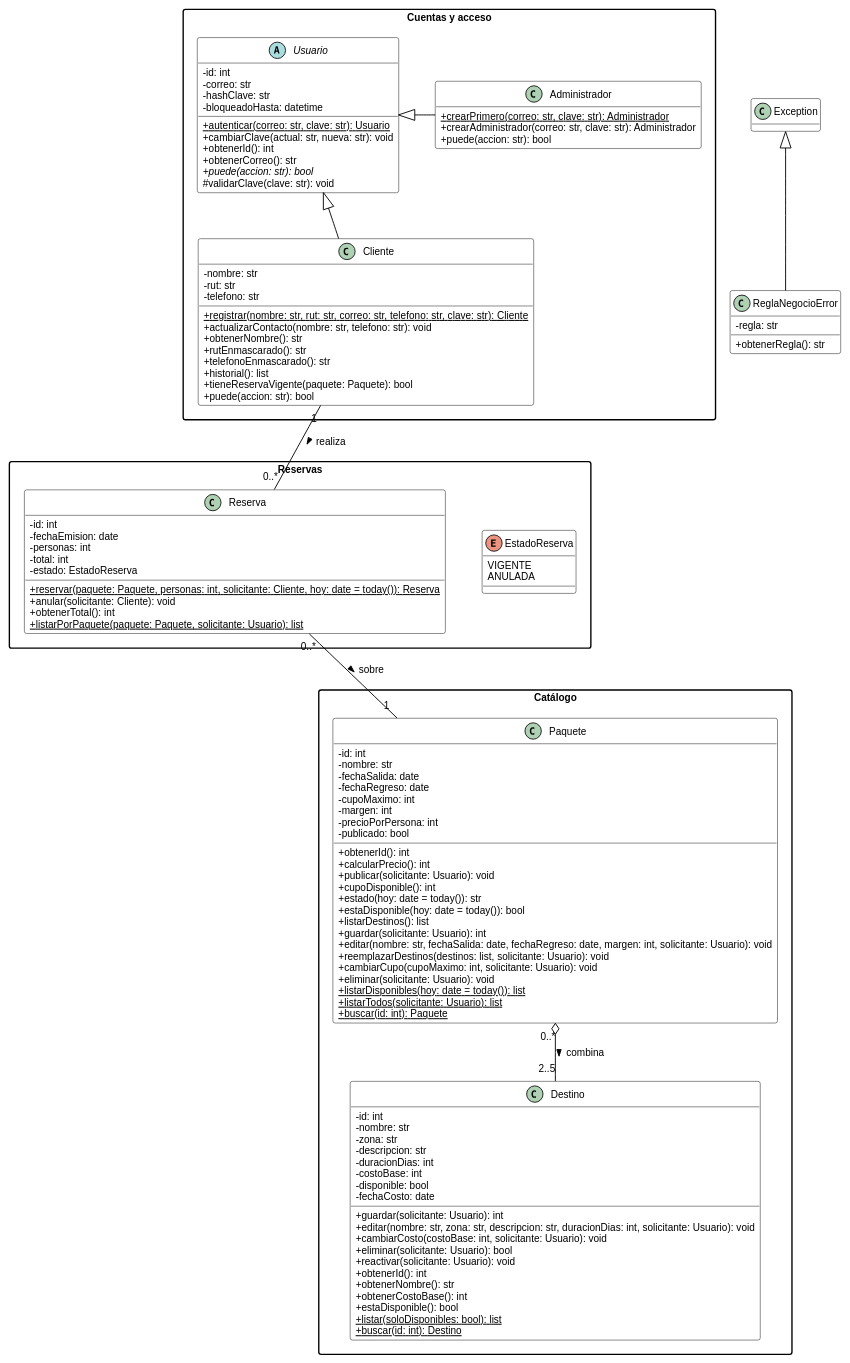
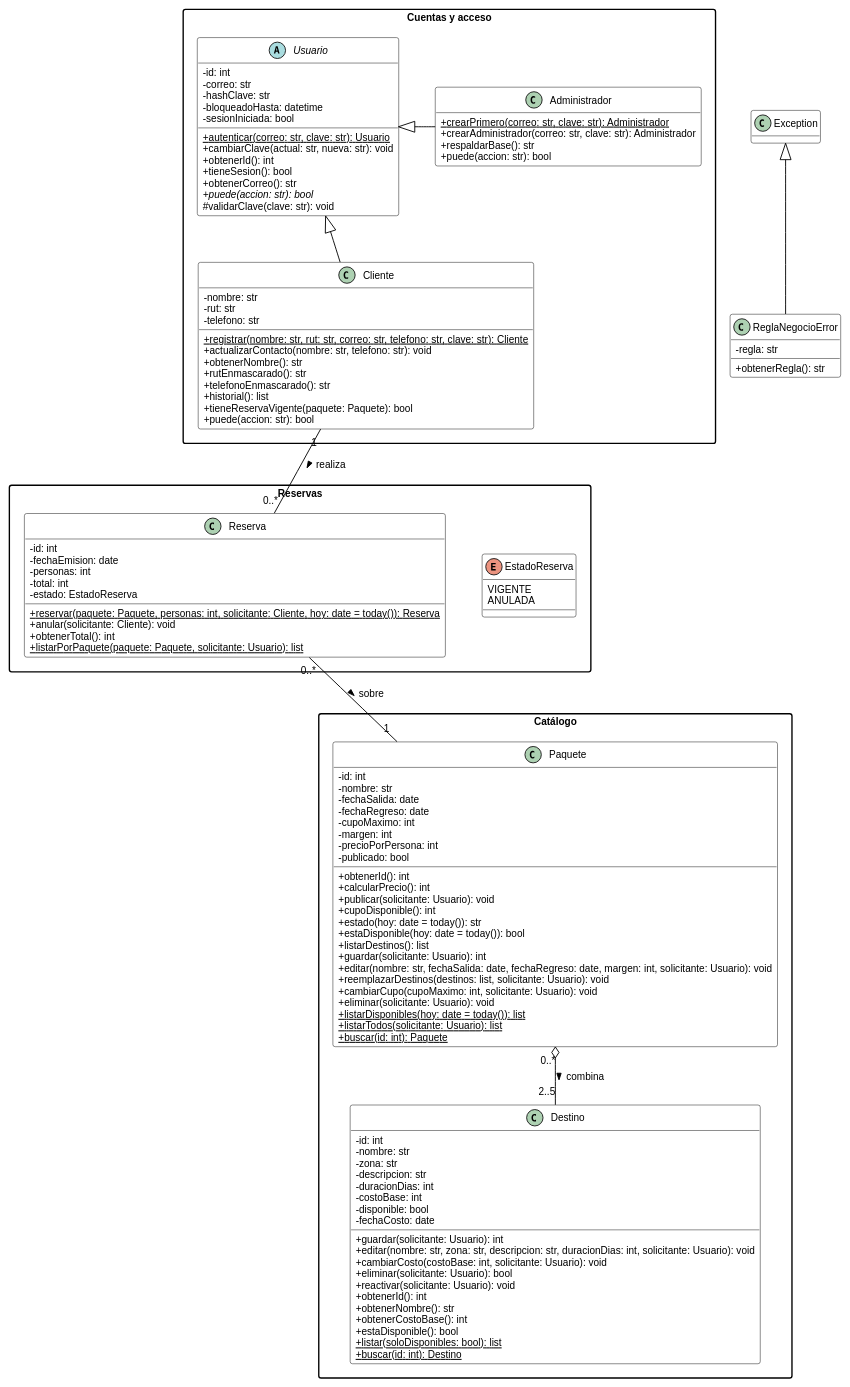
Before and after one commit to leonardoguerrerodev/POO-Viajes-Aventura: the diagram in diagramas/clases.puml, drawn with PlantUML. The commit also changed 2 other files, not shown here.

Commit message:
fix(seguridad): HU-23 permisos solo con sesión iniciada, edición sin estados a medias, SQL literal y respaldo de la base

```diff
--- a/diagramas/clases.puml
+++ b/diagramas/clases.puml
@@ -1,141 +1,144 @@
 @startuml clases
 ' Diagrama de clases de Viajes Aventura (paso 5 del plan). Convención de la ES1: nombres en camelCase,
 ' privado con «-», protegido con «#», sin constructor, «void» cuando no devuelve nada. El código usa
 ' snake_case y herramientas/uml_vs_codigo.py convierte uno en otro para compararlos.
 skinparam classAttributeIconSize 0
 skinparam defaultFontName "Liberation Sans"
 skinparam defaultFontSize 11
 skinparam shadowing false
 skinparam packageStyle rectangle
 skinparam class {
   BackgroundColor white
   BorderColor black
   ArrowColor black
 }
 skinparam note {
   BackgroundColor #f6f6f6
   BorderColor #666666
 }
 hide empty fields
 skinparam nodesep 40
 skinparam ranksep 50
 
 package "Cuentas y acceso" {
   abstract class Usuario {
     - id: int
     - correo: str
     - hashClave: str
     - bloqueadoHasta: datetime
+    - sesionIniciada: bool
     + {static} autenticar(correo: str, clave: str): Usuario
     + cambiarClave(actual: str, nueva: str): void
     + obtenerId(): int
+    + tieneSesion(): bool
     + obtenerCorreo(): str
     + {abstract} puede(accion: str): bool
     # validarClave(clave: str): void
   }
 
   class Cliente {
     - nombre: str
     - rut: str
     - telefono: str
     + {static} registrar(nombre: str, rut: str, correo: str, telefono: str, clave: str): Cliente
     + actualizarContacto(nombre: str, telefono: str): void
     + obtenerNombre(): str
     + rutEnmascarado(): str
     + telefonoEnmascarado(): str
     + historial(): list
     + tieneReservaVigente(paquete: Paquete): bool
     + puede(accion: str): bool
   }
 
   class Administrador {
     + {static} crearPrimero(correo: str, clave: str): Administrador
     + crearAdministrador(correo: str, clave: str): Administrador
+    + respaldarBase(): str
     + puede(accion: str): bool
   }
 }
 
 package "Catálogo" {
   class Destino {
     - id: int
     - nombre: str
     - zona: str
     - descripcion: str
     - duracionDias: int
     - costoBase: int
     - disponible: bool
     - fechaCosto: date
     + guardar(solicitante: Usuario): int
     + editar(nombre: str, zona: str, descripcion: str, duracionDias: int, solicitante: Usuario): void
     + cambiarCosto(costoBase: int, solicitante: Usuario): void
     + eliminar(solicitante: Usuario): bool
     + reactivar(solicitante: Usuario): void
     + obtenerId(): int
     + obtenerNombre(): str
     + obtenerCostoBase(): int
     + estaDisponible(): bool
     + {static} listar(soloDisponibles: bool): list
     + {static} buscar(id: int): Destino
   }
 
   class Paquete {
     - id: int
     - nombre: str
     - fechaSalida: date
     - fechaRegreso: date
     - cupoMaximo: int
     - margen: int
     - precioPorPersona: int
     - publicado: bool
     + obtenerId(): int
     + calcularPrecio(): int
     + publicar(solicitante: Usuario): void
     + cupoDisponible(): int
     + estado(hoy: date = today()): str
     + estaDisponible(hoy: date = today()): bool
     + listarDestinos(): list
     + guardar(solicitante: Usuario): int
     + editar(nombre: str, fechaSalida: date, fechaRegreso: date, margen: int, solicitante: Usuario): void
     + reemplazarDestinos(destinos: list, solicitante: Usuario): void
     + cambiarCupo(cupoMaximo: int, solicitante: Usuario): void
     + eliminar(solicitante: Usuario): void
     + {static} listarDisponibles(hoy: date = today()): list
     + {static} listarTodos(solicitante: Usuario): list
     + {static} buscar(id: int): Paquete
   }
 }
 
 package "Reservas" {
   class Reserva {
     - id: int
     - fechaEmision: date
     - personas: int
     - total: int
     - estado: EstadoReserva
     + {static} reservar(paquete: Paquete, personas: int, solicitante: Cliente, hoy: date = today()): Reserva
     + anular(solicitante: Cliente): void
     + obtenerTotal(): int
     + {static} listarPorPaquete(paquete: Paquete, solicitante: Usuario): list
   }
 
   enum EstadoReserva {
     VIGENTE
     ANULADA
   }
 }
 
 class ReglaNegocioError {
   - regla: str
   + obtenerRegla(): str
 }
 
 Usuario <|-- Cliente
 Usuario <|-right- Administrador
 Cliente "1" -down- "0..*" Reserva : realiza >
 Reserva -[hidden]right- EstadoReserva
 Administrador -[hidden]right- Paquete
 Paquete "0..*" o-down- "2..5" Destino : combina >
 Reserva "0..*" -- "1" Paquete : sobre >
 Exception <|-- ReglaNegocioError
 
 @enduml
```
